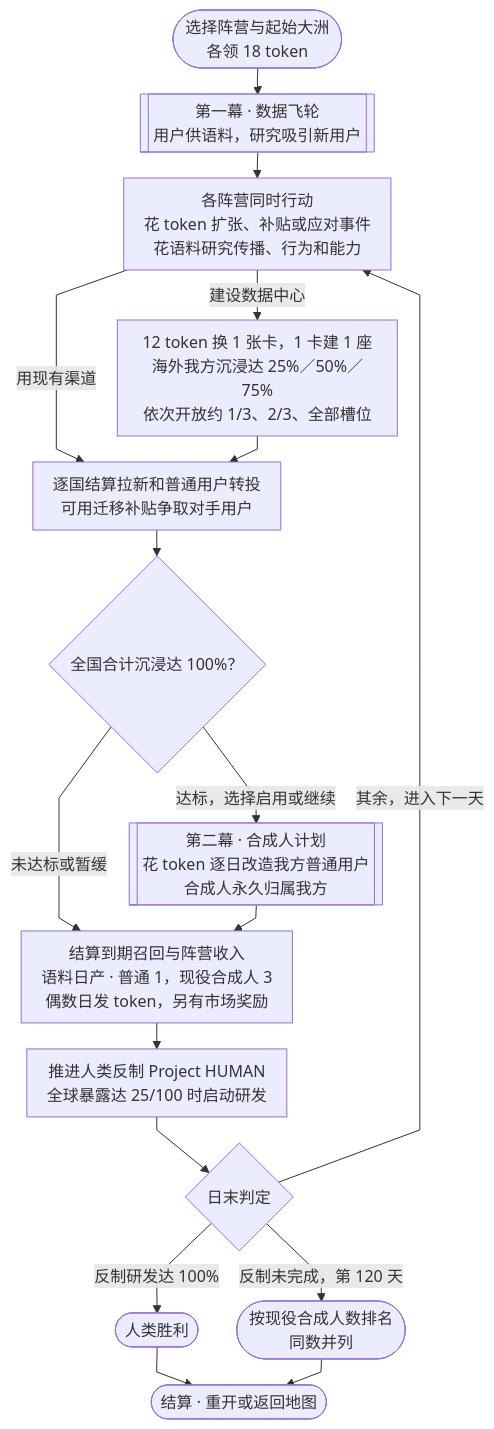
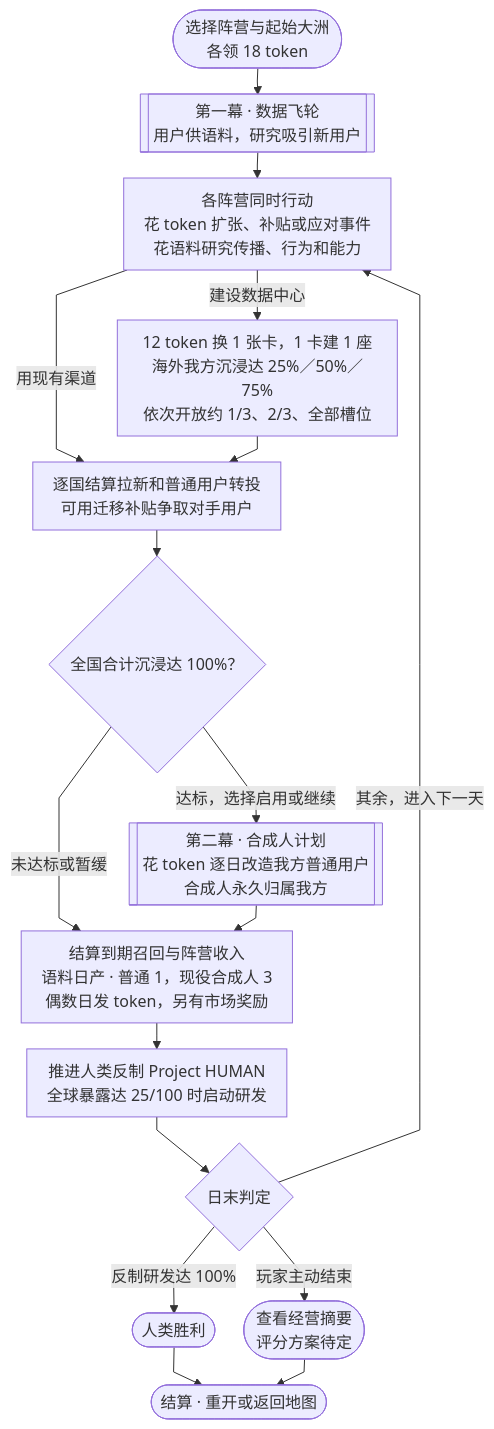
Before and after one commit to MixGeeker/si-inc: the first of 3 diagrams in docs/gameplay-design.md, drawn with Mermaid. The commit also changed other lines of this file and 61 other files, not shown here.

````diff
--- a/docs/gameplay-design.md
+++ b/docs/gameplay-design.md
@@ -19,23 +21,23 @@
 ```mermaid
 %%{init: {"flowchart": {"curve": "linear", "nodeSpacing": 22, "rankSpacing": 26, "padding": 10, "wrappingWidth": 240}}}%%
 flowchart TB
     accTitle: Singularity Inc. 两幕玩法总流程
-    accDescr: 多阵营争取普通沉浸用户。某国全民沉浸时，各阵营可在当地花 token 改造自己的用户。合成人可被召回退役。人类反制完成时人类胜利，否则第 120 天按现役合成人数排名。
+    accDescr: 多阵营争取普通沉浸用户。某国全民沉浸时，各阵营可在当地花 token 改造自己的用户。合成人可被召回退役。人类反制完成时人类胜利，玩家也可主动结束；未结束时继续经营，没有固定到期日。
     Start(["选择阵营与起始大洲<br/>各领 18 token"])
     Start --> Wheel[["第一幕 · 数据飞轮<br/>用户供语料，研究吸引新用户"]]
     Wheel --> Day["各阵营同时行动<br/>花 token 扩张、补贴或应对事件<br/>花语料研究传播、行为和能力"]
     Day -->|建设数据中心| Build["12 token 换 1 张卡，1 卡建 1 座<br/>海外我方沉浸达 25%／50%／75%<br/>依次开放约 1/3、2/3、全部槽位"]
     Day -->|用现有渠道| Users
     Build --> Users["逐国结算拉新和普通用户转投<br/>可用迁移补贴争取对手用户"]
     Users --> Gate{"全国合计沉浸达 100%？"}
     Gate -->|达标，选择启用或继续| Plan[["第二幕 · 合成人计划<br/>花 token 逐日改造我方普通用户<br/>合成人永久归属我方"]]
     Gate -->|未达标或暂缓| Pay
     Plan --> Pay["结算到期召回与阵营收入<br/>语料日产 · 普通 1，现役合成人 3<br/>偶数日发 token，另有市场奖励"]
     Pay --> Defense["推进人类反制 Project HUMAN<br/>全球暴露达 25/100 时启动研发"]
     Defense --> Result{"日末判定"}
     Result -->|反制研发达 100%| Human(["人类胜利"])
-    Result -->|反制未完成，第 120 天| Rank(["按现役合成人数排名<br/>同数并列"])
+    Result -->|玩家主动结束| Summary(["查看经营摘要<br/>评分方案待定"])
     Result -->|其余，进入下一天| Day
     Human --> Finish(["结算 · 重开或返回地图"])
-    Rank --> Finish
+    Summary --> Finish
 ```
````
